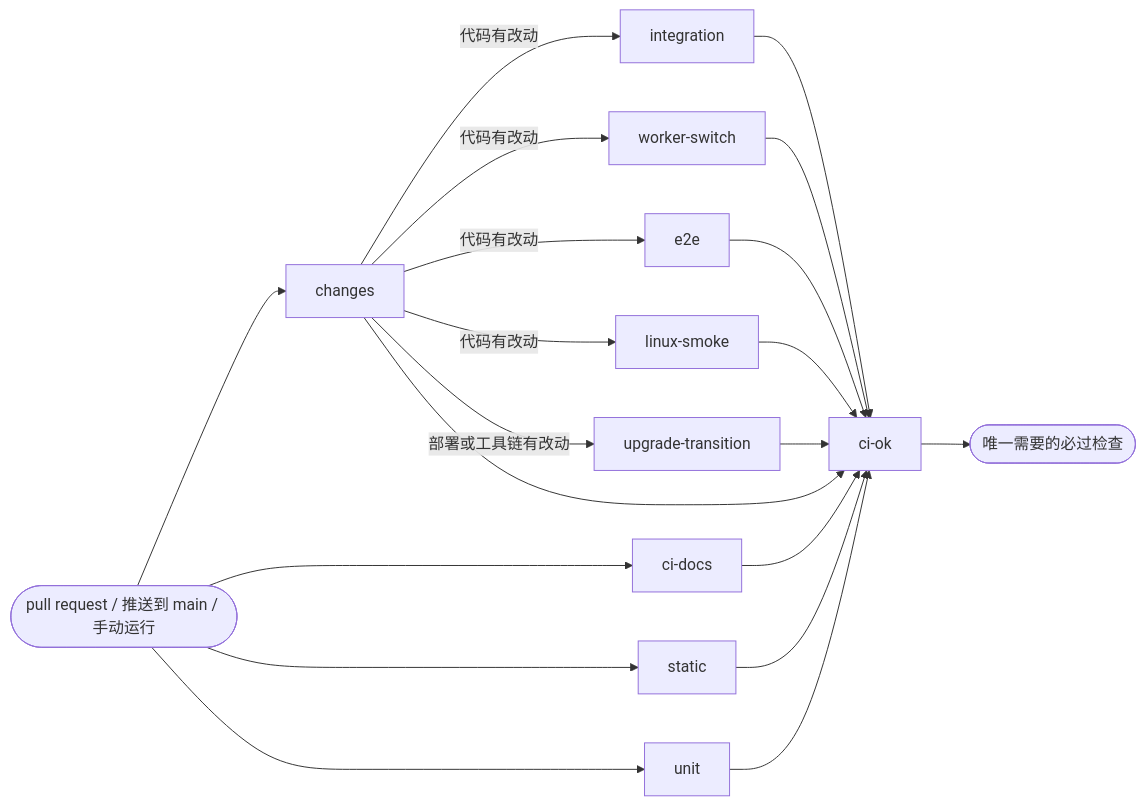
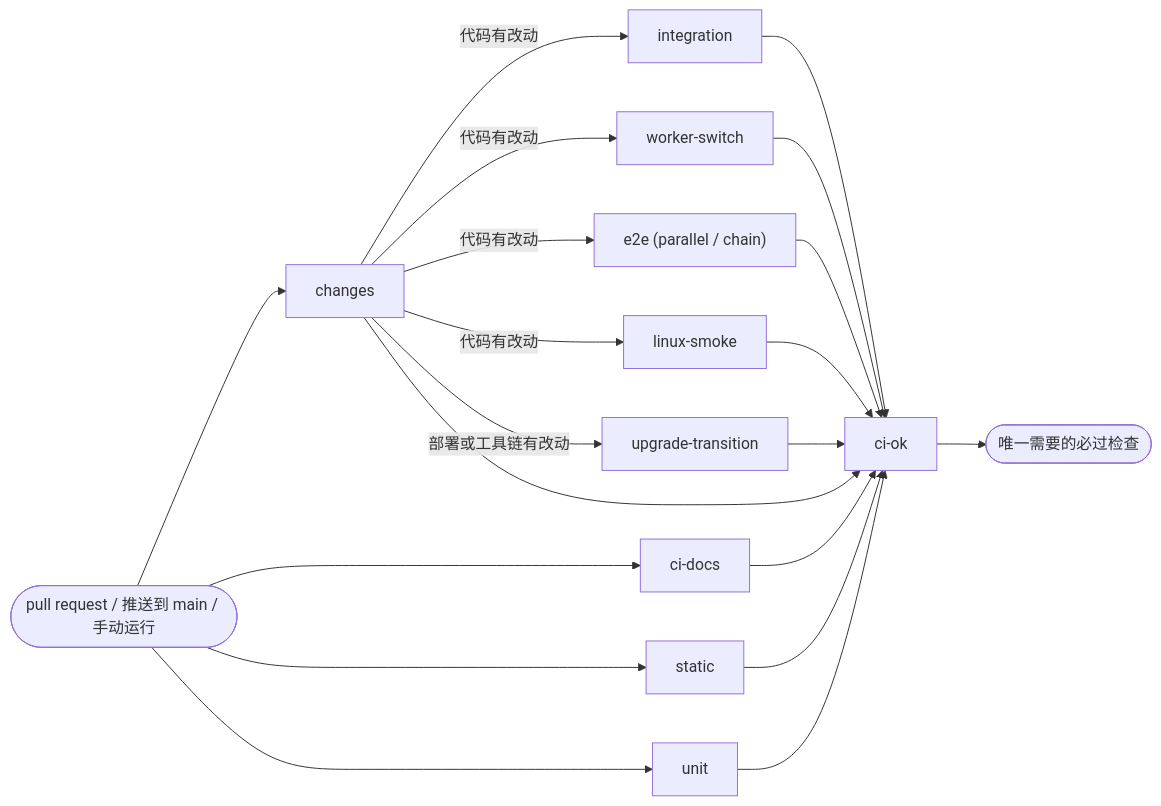
Before and after one commit to Joevonlong/job-radar: the diagram in docs/ci.zh.md, drawn with Mermaid. The commit also changed other lines of this file and 7 other files, not shown here.

````diff
--- a/docs/ci.zh.md
+++ b/docs/ci.zh.md
@@ -13,22 +13,22 @@
 ```mermaid
 flowchart LR
   PR([pull request / 推送到 main / 手动运行]) --> changes
   PR --> ci-docs
   PR --> static
   PR --> unit
   changes -- 代码有改动 --> integration
   changes -- 代码有改动 --> worker-switch
-  changes -- 代码有改动 --> e2e
+  changes -- 代码有改动 --> e2e["e2e (parallel / chain)"]
   changes -- 代码有改动 --> linux-smoke
   changes -- 部署或工具链有改动 --> upgrade-transition
   changes --> ci-ok
   ci-docs --> ci-ok
   static --> ci-ok
   unit --> ci-ok
   integration --> ci-ok
   worker-switch --> ci-ok
   e2e --> ci-ok
   linux-smoke --> ci-ok
   upgrade-transition --> ci-ok
   ci-ok --> merge([唯一需要的必过检查])
 ```
````
